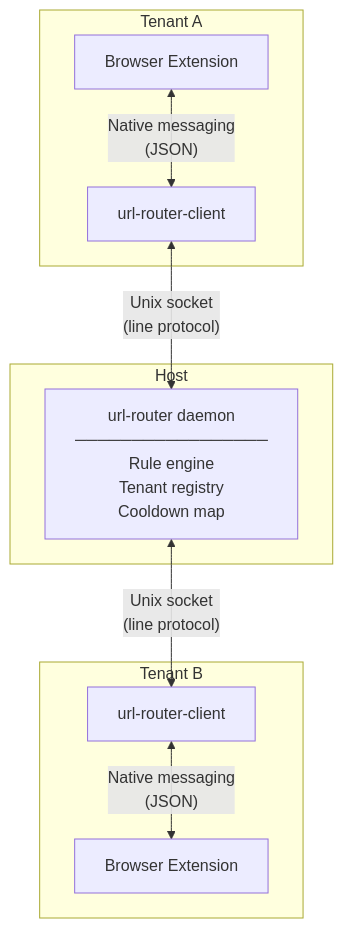
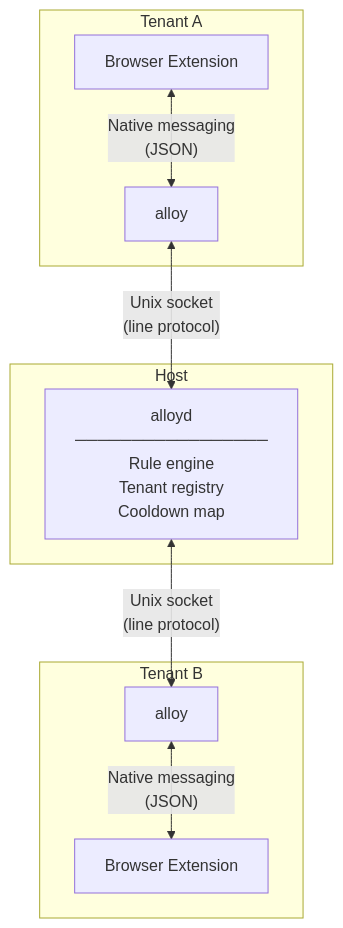
The first of 2 diagrams in README.md (andersfugmann/multi-tenant), drawn with Mermaid before and after one commit. The commit also changed other lines of this file and 29 other files, not shown here.

````diff
--- a/README.md
+++ b/README.md
@@ -9,17 +9,17 @@
 ```mermaid
 graph TB
     subgraph "Tenant A"
-        A_EXT["Browser Extension"] <-->|"Native messaging<br/>(JSON)"| A_BRIDGE["url-router-client"]
+        A_EXT["Browser Extension"] <-->|"Native messaging<br/>(JSON)"| A_BRIDGE["alloy"]
     end
 
     subgraph "Host"
-        DAEMON["url-router daemon<br/>─────────────────<br/>Rule engine<br/>Tenant registry<br/>Cooldown map"]
+        DAEMON["alloyd<br/>─────────────────<br/>Rule engine<br/>Tenant registry<br/>Cooldown map"]
     end
 
     subgraph "Tenant B"
-        B_BRIDGE["url-router-client"] <-->|"Native messaging<br/>(JSON)"| B_EXT["Browser Extension"]
+        B_BRIDGE["alloy"] <-->|"Native messaging<br/>(JSON)"| B_EXT["Browser Extension"]
     end
 
     A_BRIDGE <-->|"Unix socket<br/>(line protocol)"| DAEMON
     DAEMON <-->|"Unix socket<br/>(line protocol)"| B_BRIDGE
 ```
````
